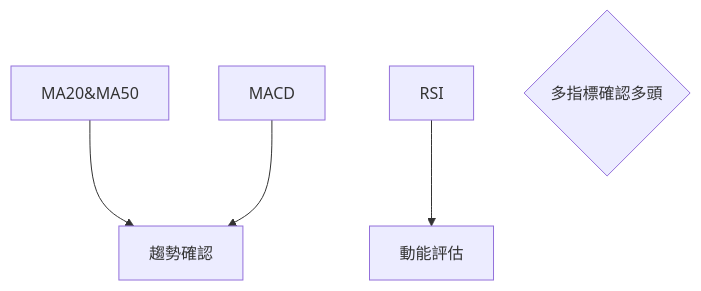
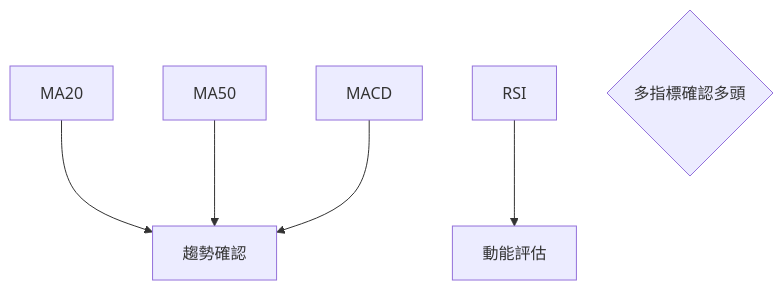
Before and after one commit to yennanliu/finance_data: the fifth of 10 diagrams in ai_gen_report/stock/0050/technical_analysis_2026-04-09_openai.md, drawn with Mermaid. The commit also changed 2171 other files, not shown here.

First line of the commit message:
chore: re-run corrected Mermaid backfill across reports

````diff
--- a/ai_gen_report/stock/0050/technical_analysis_2026-04-09_openai.md
+++ b/ai_gen_report/stock/0050/technical_analysis_2026-04-09_openai.md
@@ -207,7 +207,7 @@
 ```mermaid
 graph TD
-    MA20&MA50 --> 趨勢確認
+    MA20 & MA50 --> 趨勢確認
     RSI --> 動能評估
     MACD --> 趨勢確認
     結論{"多指標確認多頭"}
 ```
````
